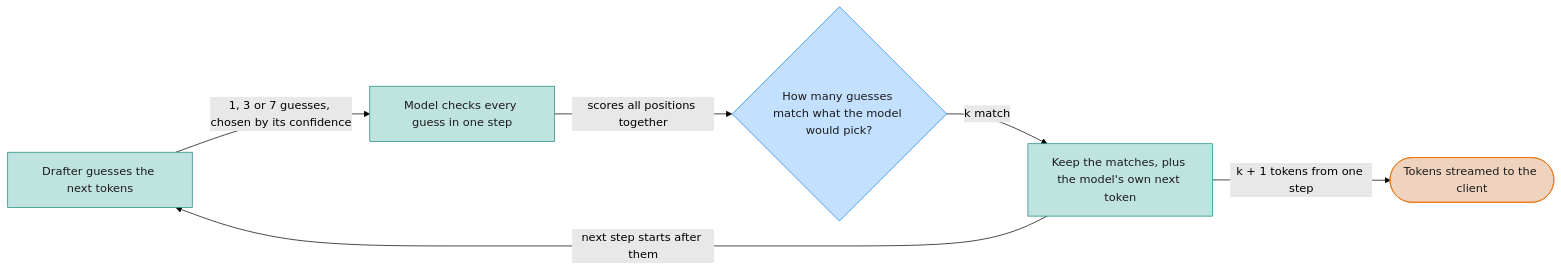
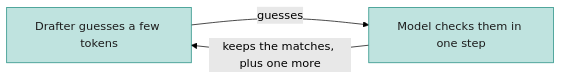
The fifth of 5 diagrams in README.md (wcygan/inkling), drawn with Mermaid (forest theme) before and after one commit. The commit also changed other lines of this file, not shown here.

Commit message:
Simplify the README flow diagrams

````diff
--- a/README.md
+++ b/README.md
@@ -355,19 +320,8 @@
 ```mermaid
 flowchart LR
-  draft["Drafter guesses the next tokens"]
-  verify["Model checks every guess in one step"]
-  accept{"How many guesses match what the model would pick?"}
-  commit["Keep the matches, plus the model's own next token"]
-  out(["Tokens streamed to the client"])
-  draft -- "1, 3 or 7 guesses, chosen by its confidence" --> verify
-  verify -- "scores all positions together" --> accept
-  accept -- "k match" --> commit
-  commit -- "k + 1 tokens from one step" --> out
-  commit -- "next step starts after them" --> draft
-  classDef inspect fill:#c3e0ff,stroke:#1680f3,color:#1c1c1c
+  draft["Drafter guesses a few tokens"] -- "guesses" --> verify["Model checks them in one step"]
+  verify -- "keeps the matches, plus one more" --> draft
   classDef change fill:#bfe3df,stroke:#1a8a7d,color:#1c1c1c
   classDef outside fill:#f0d3bf,stroke:#e8730c,color:#1c1c1c
-  class accept inspect
-  class draft,verify,commit change
-  class out outside
+  class draft,verify change
 ```
````
